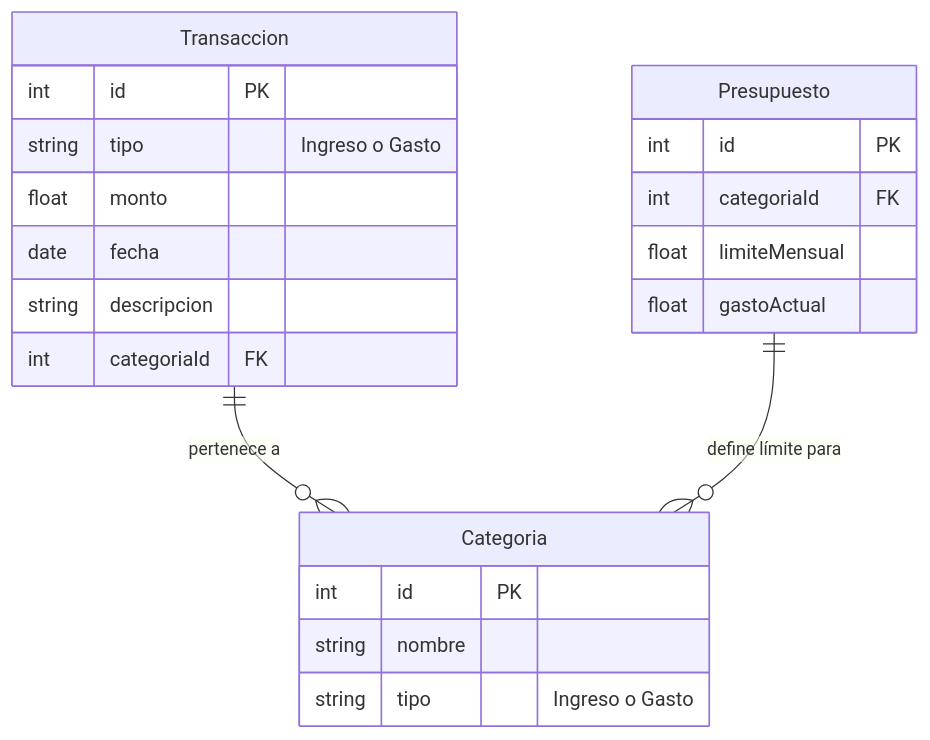
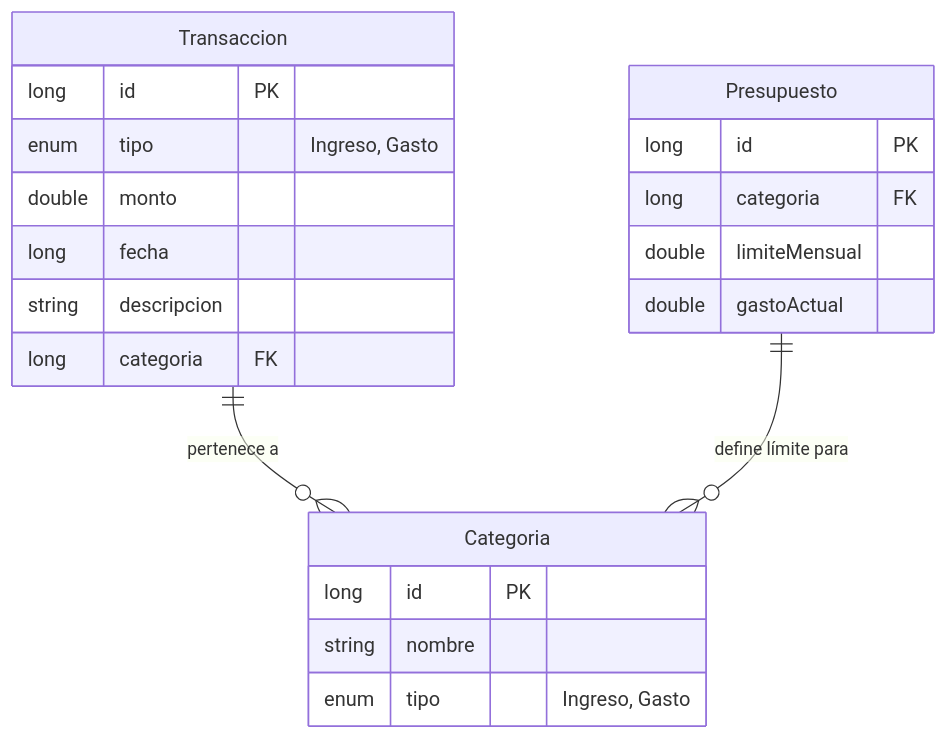
One commit to asobrados03/Finanzas_Personales changed the diagram in README.md. Above: the diagram before and after it, drawn with Mermaid.

````diff
--- a/README.md
+++ b/README.md
@@ -34,27 +34,27 @@
 ```mermaid
 erDiagram
     Transaccion {
-        int id PK
-        string tipo "Ingreso o Gasto"
-        float monto
-        date fecha
+        long id PK
+        enum tipo "Ingreso, Gasto"
+        double monto
+        long fecha
         string descripcion
-        int categoriaId FK
+        long categoria FK
     }
     
     Categoria {
-        int id PK
+        long id PK
         string nombre
-        string tipo "Ingreso o Gasto"
+        enum tipo "Ingreso, Gasto"
     }
     
     Presupuesto {
-        int id PK
-        int categoriaId FK
-        float limiteMensual
-        float gastoActual
+        long id PK
+        long categoria FK
+        double limiteMensual
+        double gastoActual
     }
 
     Transaccion ||--o{ Categoria : "pertenece a"
     Presupuesto ||--o{ Categoria : "define límite para"
 ```
````
